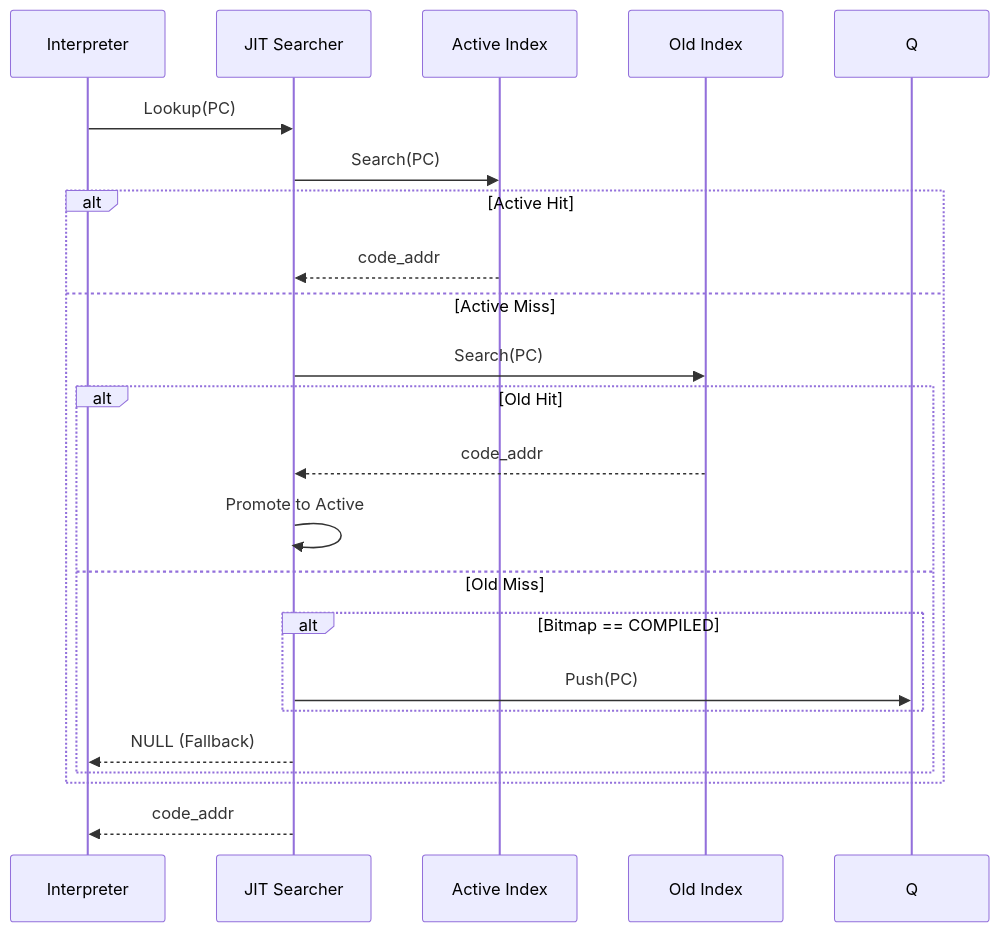
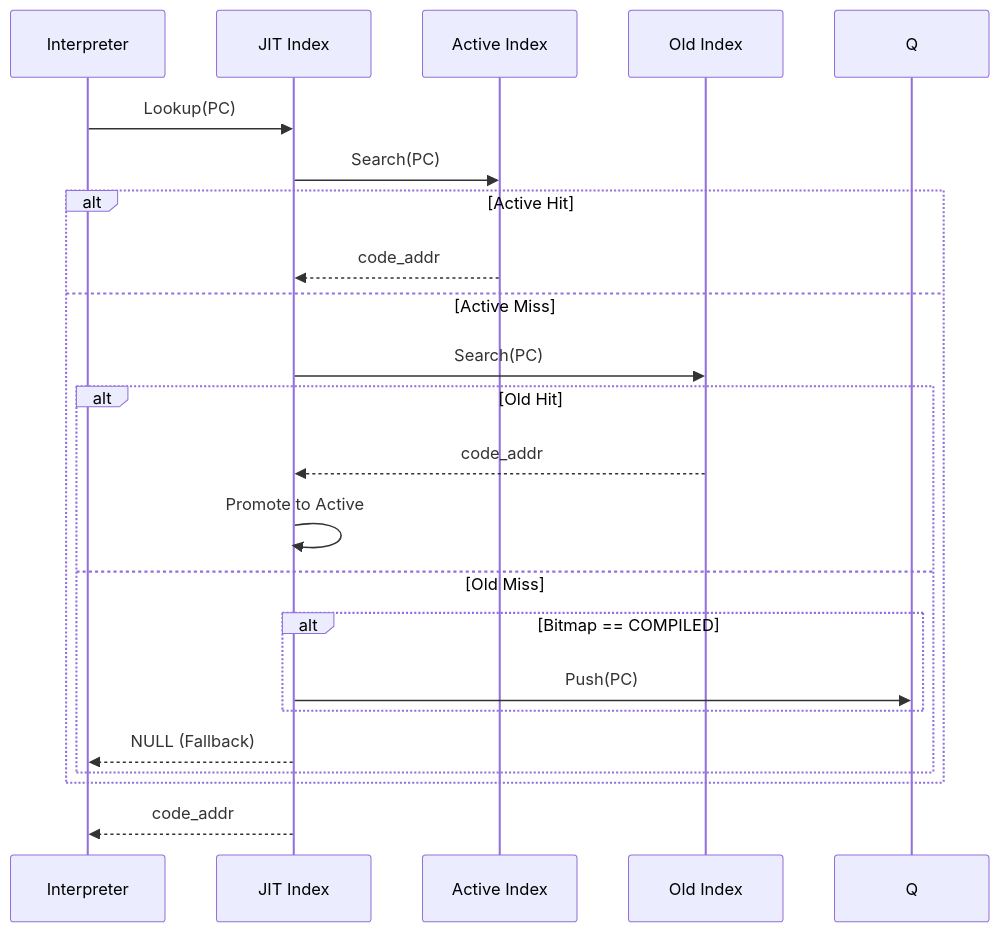
One commit to kmt-t/fireball changed the second of 2 diagrams in docs/orders/components/jit_entry_index.md. Above: the diagram before and after it, drawn with Mermaid. The commit also changed other lines of this file and 16 other files, not shown here.

````diff
--- a/docs/orders/components/jit_entry_index.md
+++ b/docs/orders/components/jit_entry_index.md
@@ -51,25 +51,25 @@
 ```mermaid
 sequenceDiagram
     participant I as Interpreter
-    participant M as JIT Searcher
+    participant M as JIT Index
     participant A as Active Index
     participant O as Old Index
 
     I->>M: Lookup(PC)
     M->>A: Search(PC)
     alt Active Hit
         A-->>M: code_addr
     else Active Miss
         M->>O: Search(PC)
         alt Old Hit
             O-->>M: code_addr
             M->>M: Promote to Active
         else Old Miss
             alt Bitmap == COMPILED
                 M->>Q: Push(PC)
             end
             M-->>I: NULL (Fallback)
         end
     end
     M-->>I: code_addr
 ```
````
